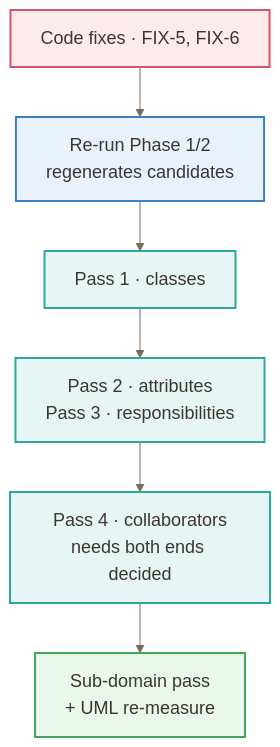
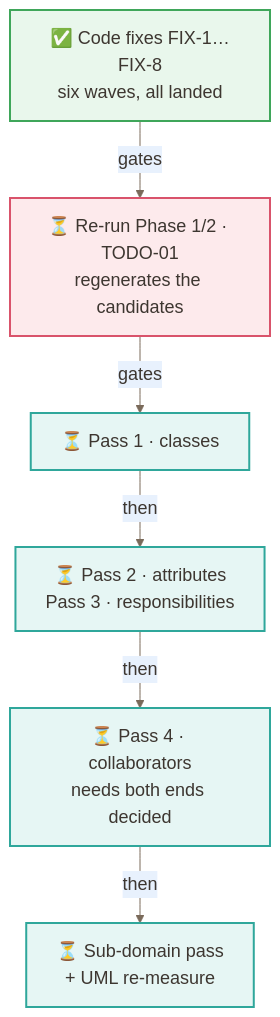
One commit to joerg-rade/domox changed the diagram in docs/scratch_pad/MODEL_REVIEW_PLAN.md. Above: the diagram before and after it, drawn with Mermaid. The commit also changed other lines of this file and 7 other files, not shown here.

````diff
--- a/docs/scratch_pad/MODEL_REVIEW_PLAN.md
+++ b/docs/scratch_pad/MODEL_REVIEW_PLAN.md
@@ -33,18 +33,24 @@
 ```mermaid
 %%{init: {'theme':'base','themeVariables':{'fontSize':'18px','primaryColor':'#FFF4E5','primaryTextColor':'#3D3630','primaryBorderColor':'#E8A33D','lineColor':'#7A6A5A','secondaryColor':'#E8F1FD','tertiaryColor':'#F0EBFB','clusterBkg':'#FBF7F1','clusterBorder':'#E0D3C0','background':'#FFFFFF'}}}%%
 %% Vertical: the horizontal version measured 1617px natural and was shrunk to 4.8px in a narrow
 %% viewer.  This one measures 276px, so it renders at the full 18px.
 %% Every node carries an explicit classDef — an UNSTYLED box renders dark-on-dark in the
 %% IntelliJ Cline plugin, whatever the init theme says.  See docs/formatting/readability-guide.md.
 flowchart TD
-    classDef fix fill:#FDEAEC,stroke:#D9536B,stroke-width:2px,color:#3D3630
-    classDef rerun fill:#E8F1FD,stroke:#3B82C4,stroke-width:2px,color:#3D3630
-    classDef pass fill:#E6F6F4,stroke:#2FA79B,stroke-width:2px,color:#3D3630
-    classDef done fill:#E9F7EC,stroke:#3FA65A,stroke-width:2px,color:#3D3630
+    classDef landed fill:#E9F7EC,stroke:#3FA65A,stroke-width:2px,color:#3D3630
+    classDef gate fill:#FDEAEC,stroke:#D9536B,stroke-width:2px,color:#3D3630
+    classDef work fill:#E6F6F4,stroke:#2FA79B,stroke-width:2px,color:#3D3630
 
-    A["Code fixes · FIX-5, FIX-6"]:::fix --> B["Re-run Phase 1/2<br/>regenerates candidates"]:::rerun
-    B --> C["Pass 1 · classes"]:::pass
-    C --> D["Pass 2 · attributes<br/>Pass 3 · responsibilities"]:::pass
-    D --> E["Pass 4 · collaborators<br/>needs both ends decided"]:::pass
-    E --> F["Sub-domain pass<br/>+ UML re-measure"]:::done
+    A["✅ Code fixes FIX-1…FIX-8<br/>six waves, all landed"]:::landed
+    B["⏳ Re-run Phase 1/2 · TODO-01<br/>regenerates the candidates"]:::gate
+    C["⏳ Pass 1 · classes"]:::work
+    D["⏳ Pass 2 · attributes<br/>Pass 3 · responsibilities"]:::work
+    E["⏳ Pass 4 · collaborators<br/>needs both ends decided"]:::work
+    F["⏳ Sub-domain pass<br/>+ UML re-measure"]:::work
+
+    A -->|"gates"| B
+    B -->|"gates"| C
+    C -->|"then"| D
+    D -->|"then"| E
+    E -->|"then"| F
 ```
````
